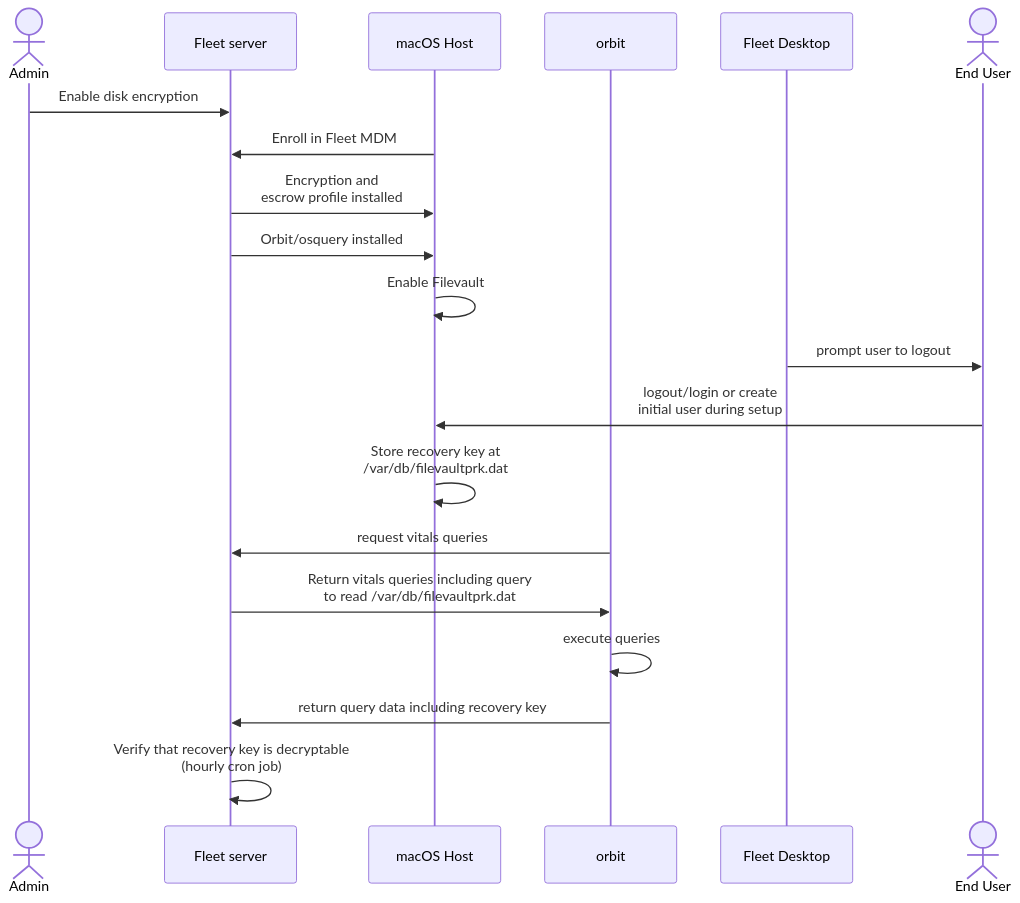
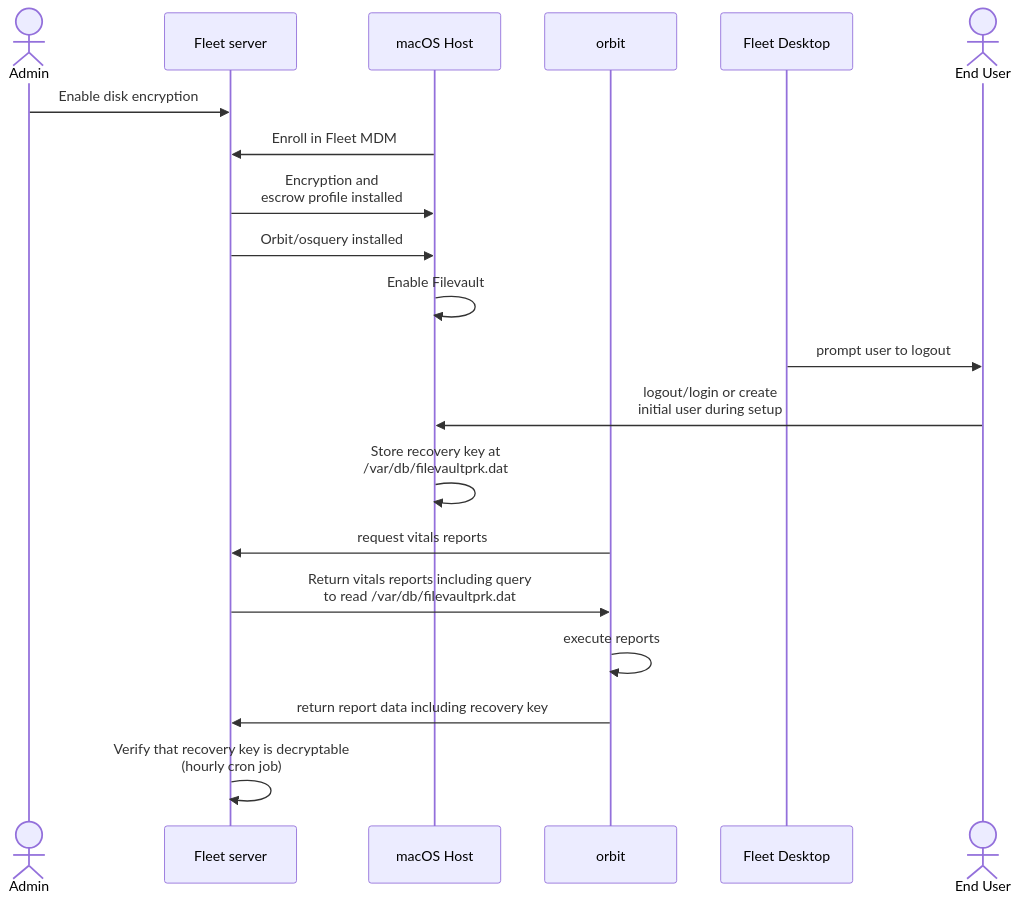
Before and after one commit to fleetdm/fleet: the first of 4 diagrams in docs/Contributing/architecture/mdm/disk-encryption.md, drawn with Mermaid. The commit also changed other lines of this file and 66 other files, not shown here.

````diff
--- a/docs/Contributing/architecture/mdm/disk-encryption.md
+++ b/docs/Contributing/architecture/mdm/disk-encryption.md
@@ -38,22 +38,22 @@
 ```mermaid
 sequenceDiagram
         actor Admin
         participant fleet as Fleet server
         participant host as macOS Host
         participant fleetd as orbit
         participant desktop as Fleet Desktop
         actor user as End User
         Admin->>fleet: Enable disk encryption
         host->>fleet: Enroll in Fleet MDM
         fleet->>host: Encryption and<br>escrow profile installed
         fleet->>host: Orbit/osquery installed
         host->>host: Enable Filevault
         desktop->>user: prompt user to logout
         user->>host: logout/login or create<br>initial user during setup
         host->>host: Store recovery key at <br>/var/db/filevaultprk.dat
-        fleetd->>fleet: request vitals queries
-        fleet->>fleetd: Return vitals queries including query<br>to read /var/db/filevaultprk.dat
-        fleetd->>fleetd: execute queries
-        fleetd->>fleet: return query data including recovery key
+        fleetd->>fleet: request vitals reports
+        fleet->>fleetd: Return vitals reports including query<br>to read /var/db/filevaultprk.dat
+        fleetd->>fleetd: execute reports
+        fleetd->>fleet: return report data including recovery key
         fleet->>fleet: Verify that recovery key is decryptable<br>(hourly cron job)
 ```
````
